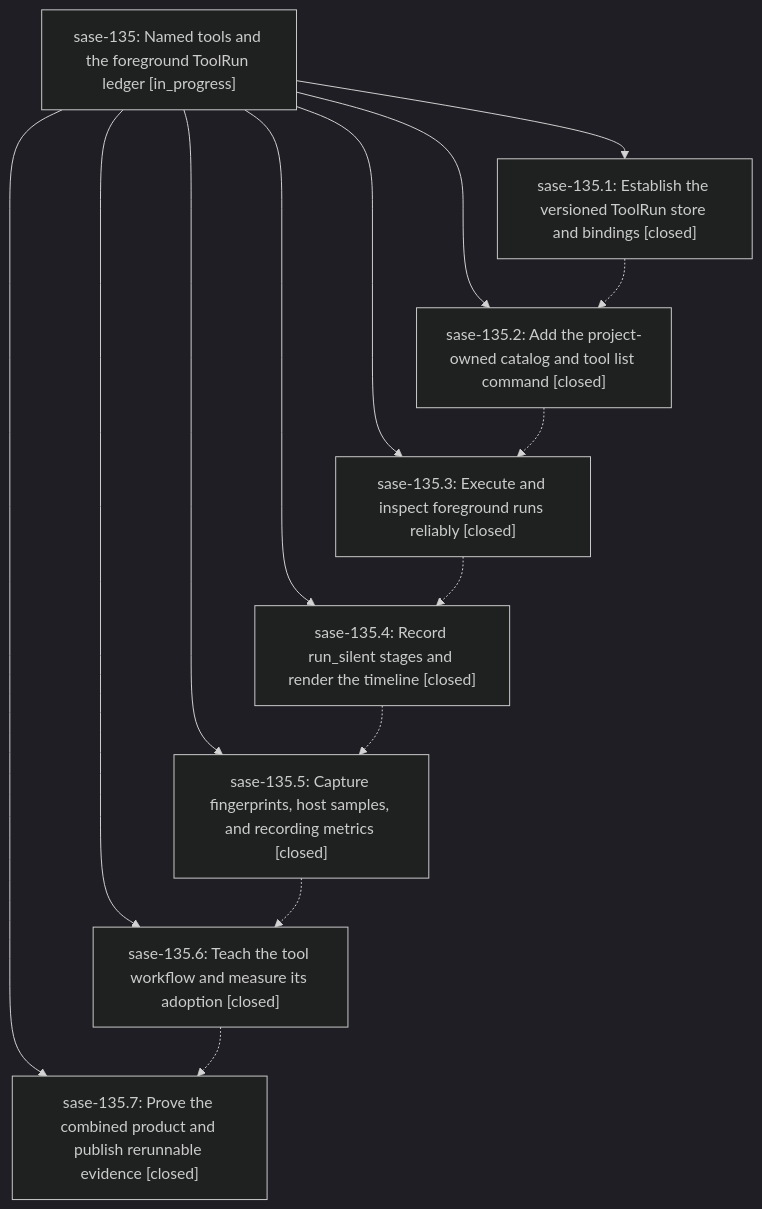
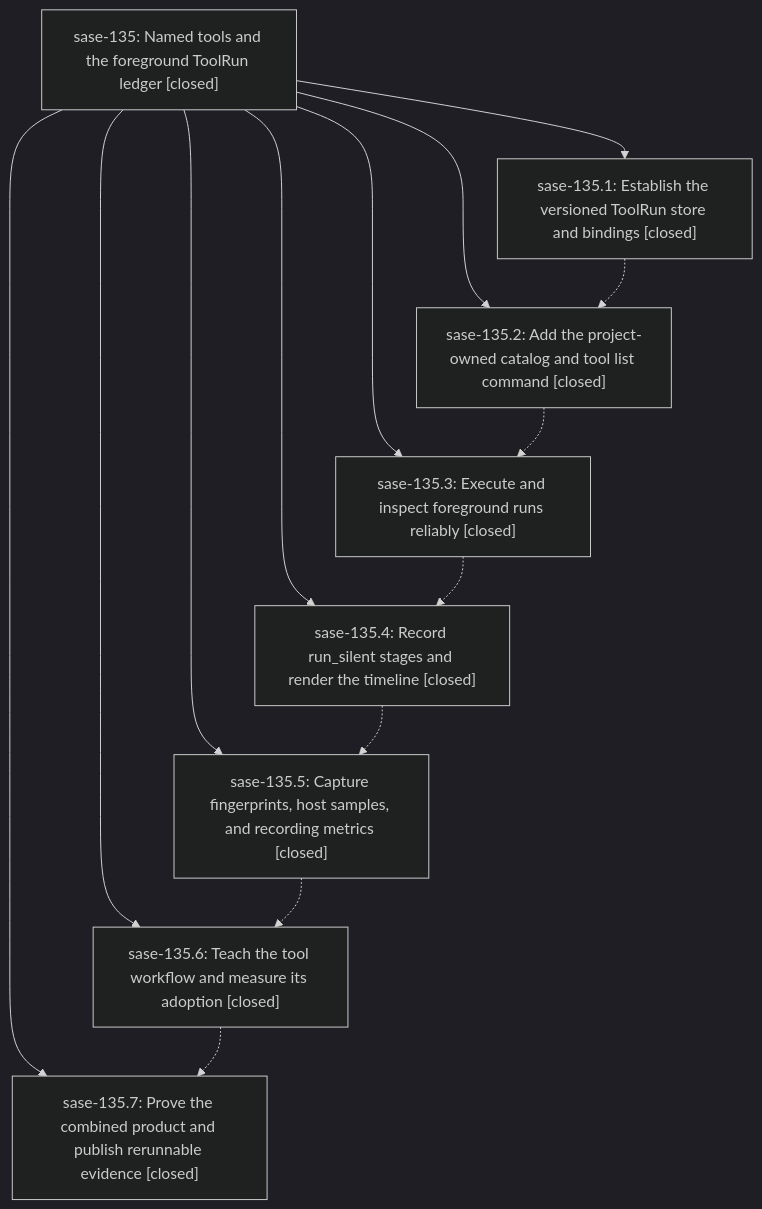
Before and after one commit to sase-org/sase--beads: the diagram in pages/sase-135/README.md, drawn with Mermaid (dark theme). The commit also changed other lines of this file, not shown here.

First line of the commit message:
chore(beads): sync bead state and pages for sase-135

````diff
--- a/pages/sase-135/README.md
+++ b/pages/sase-135/README.md
@@ -40,24 +87,24 @@
 ```mermaid
 flowchart TD
-    n0["sase-135: Named tools and the foreground ToolRun ledger [in_progress]"]
+    n0["sase-135: Named tools and the foreground ToolRun ledger [closed]"]
     n1["sase-135.1: Establish the versioned ToolRun store and bindings [closed]"]
     n2["sase-135.2: Add the project-owned catalog and tool list command [closed]"]
     n3["sase-135.3: Execute and inspect foreground runs reliably [closed]"]
     n4["sase-135.4: Record run_silent stages and render the timeline [closed]"]
     n5["sase-135.5: Capture fingerprints, host samples, and recording metrics [closed]"]
     n6["sase-135.6: Teach the tool workflow and measure its adoption [closed]"]
     n7["sase-135.7: Prove the combined product and publish rerunnable evidence [closed]"]
     n0 --> n1
     n0 --> n2
     n0 --> n3
     n0 --> n4
     n0 --> n5
     n0 --> n6
     n0 --> n7
     n1 -.-> n2
     n2 -.-> n3
     n3 -.-> n4
     n4 -.-> n5
     n5 -.-> n6
     n6 -.-> n7
 ```
````
